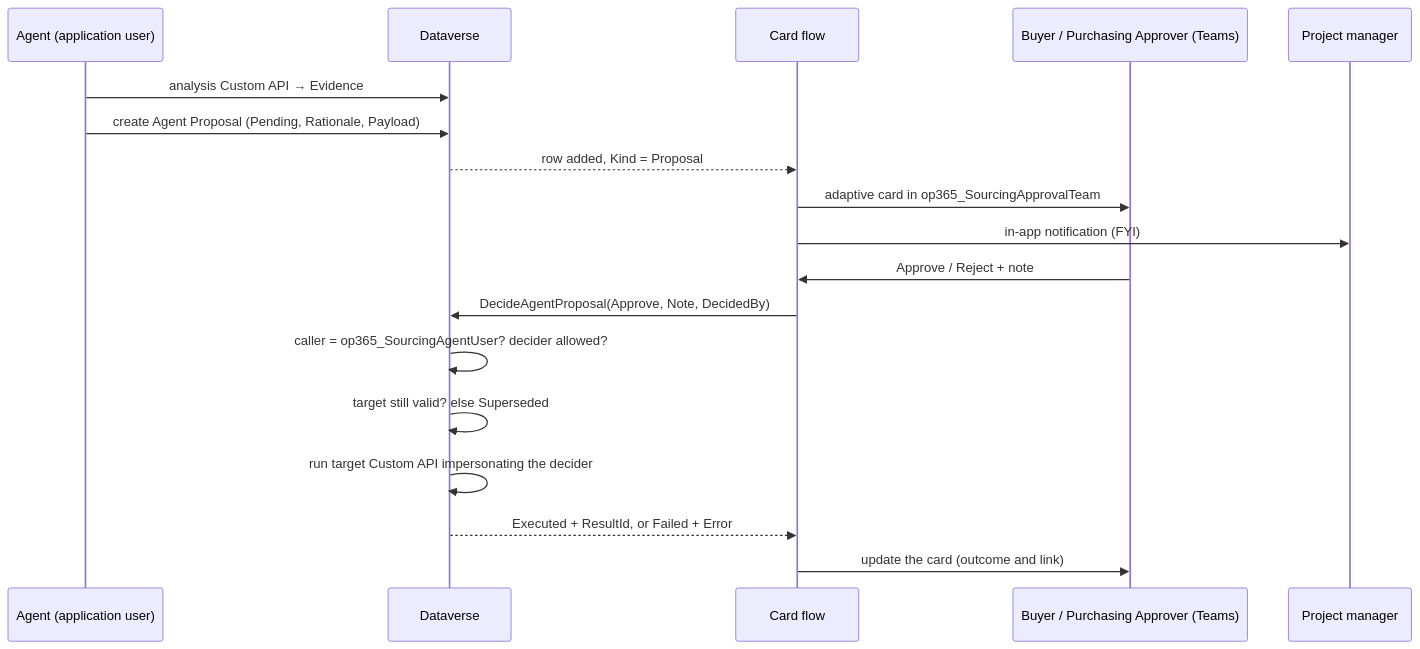
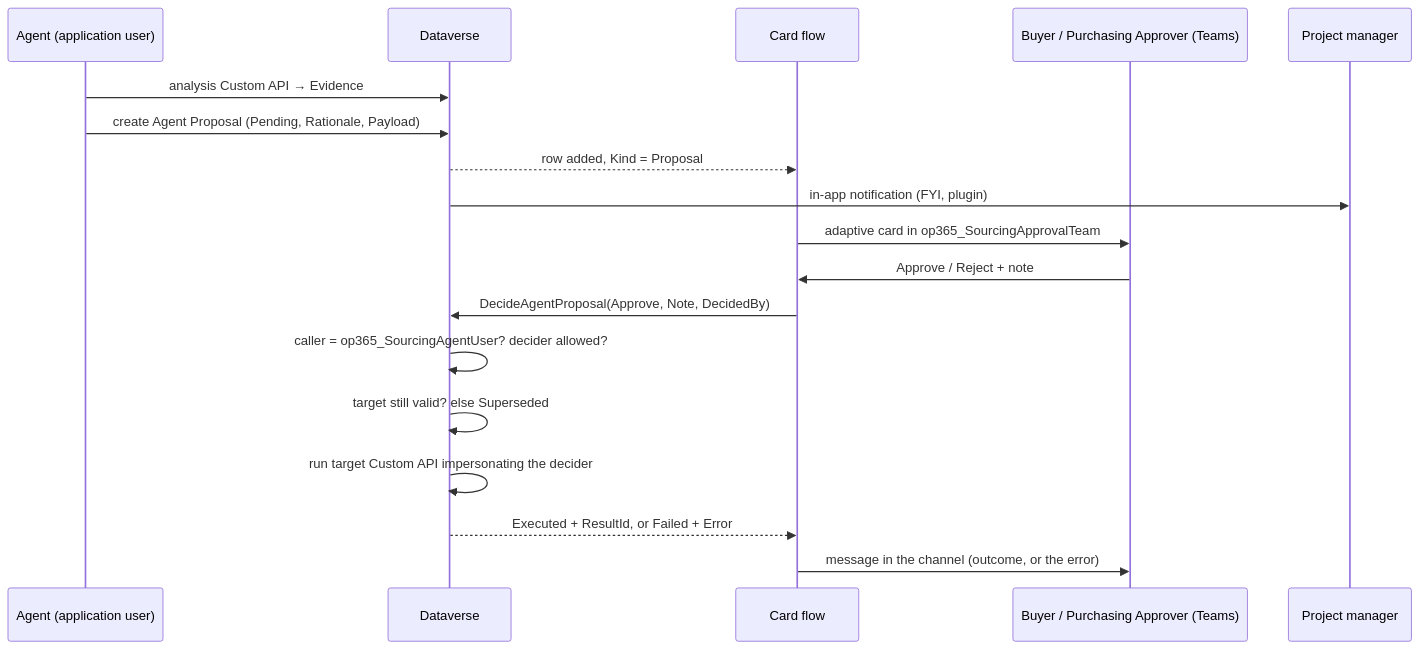
The fourth of 5 diagrams in docs/superpowers/specs/2026-11-03-sourcing-agent-design.md (Power-Builders-Italia/ProjectIQ), drawn with Mermaid before and after one commit. The commit also changed other lines of this file and 43 other files, not shown here.

````diff
--- a/docs/superpowers/specs/2026-11-03-sourcing-agent-design.md
+++ b/docs/superpowers/specs/2026-11-03-sourcing-agent-design.md
@@ -172,20 +174,20 @@
 ```mermaid
 sequenceDiagram
     participant AG as Agent (application user)
     participant DV as Dataverse
     participant FL as Card flow
     participant B as Buyer / Purchasing Approver (Teams)
     participant PM as Project manager
     AG->>DV: analysis Custom API → Evidence
     AG->>DV: create Agent Proposal (Pending, Rationale, Payload)
     DV-->>FL: row added, Kind = Proposal
+    DV->>PM: in-app notification (FYI, plugin)
     FL->>B: adaptive card in op365_SourcingApprovalTeam
-    FL->>PM: in-app notification (FYI)
     B->>FL: Approve / Reject + note
     FL->>DV: DecideAgentProposal(Approve, Note, DecidedBy)
     DV->>DV: caller = op365_SourcingAgentUser? decider allowed?
     DV->>DV: target still valid? else Superseded
     DV->>DV: run target Custom API impersonating the decider
     DV-->>FL: Executed + ResultId, or Failed + Error
-    FL->>B: update the card (outcome and link)
+    FL->>B: message in the channel (outcome, or the error)
 ```
````
